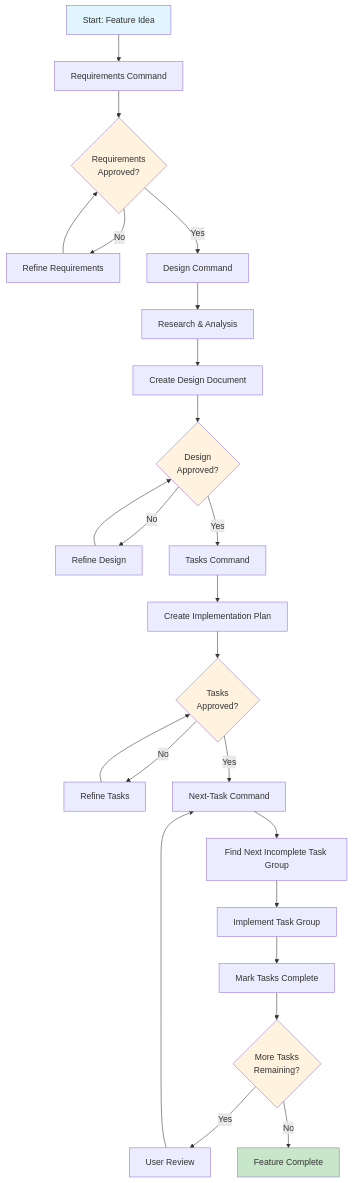
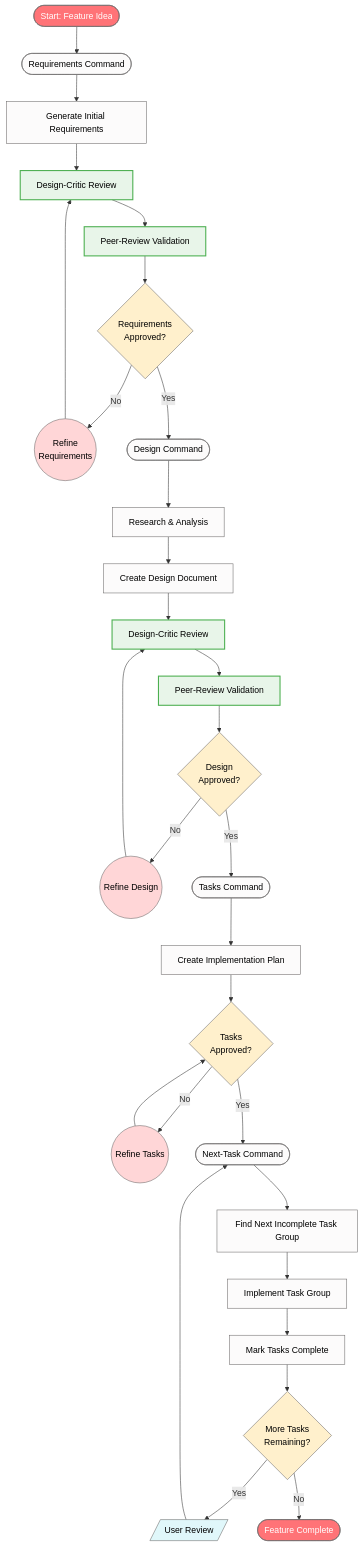
Before and after one commit to ArjenSchwarz/agentic-coding: the diagram in spec-workflow.md, drawn with Mermaid. The commit also changed other lines of this file and 19 other files, not shown here.

````diff
--- a/spec-workflow.md
+++ b/spec-workflow.md
@@ -111,33 +113,51 @@
 ```mermaid
 flowchart TD
-    A[Start: Feature Idea] --> B[Requirements Command]
-    B --> C{Requirements<br/>Approved?}
-    C -->|No| D[Refine Requirements]
-    D --> C
-    C -->|Yes| E[Design Command]
-    E --> F[Research & Analysis]
-    F --> G[Create Design Document]
-    G --> H{Design<br/>Approved?}
-    H -->|No| I[Refine Design]
-    I --> H
-    H -->|Yes| J[Tasks Command]
-    J --> K[Create Implementation Plan]
-    K --> L{Tasks<br/>Approved?}
-    L -->|No| M[Refine Tasks]
-    M --> L
-    L -->|Yes| N[Next-Task Command]
-    N --> O[Find Next Incomplete Task Group]
-    O --> P[Implement Task Group]
-    P --> Q[Mark Tasks Complete]
-    Q --> R{More Tasks<br/>Remaining?}
-    R -->|Yes| S[User Review]
-    S --> N
-    R -->|No| T[Feature Complete]
+A([Start: Feature Idea]) --> B([Requirements Command])
+B --> B1[Generate Initial Requirements]
+B1 --> B2[Design-Critic Review]
+B2 --> B3[Peer-Review Validation]
+B3 --> C{Requirements<br/>Approved?}
+C -->|No| D((Refine<br/>Requirements))
+D --> B2
+C -->|Yes| E([Design Command])
+E --> F[Research & Analysis]
+F --> G[Create Design Document]
+G --> G1[Design-Critic Review]
+G1 --> G2[Peer-Review Validation]
+G2 --> H{Design<br/>Approved?}
+H -->|No| I((Refine Design))
+I --> G1
+H -->|Yes| J([Tasks Command])
+J --> K[Create Implementation Plan]
+K --> L{Tasks<br/>Approved?}
+L -->|No| M((Refine Tasks))
+M --> L
+L -->|Yes| N([Next-Task Command])
+N --> O[Find Next Incomplete Task Group]
+O --> P[Implement Task Group]
+P --> Q[Mark Tasks Complete]
+Q --> R{More Tasks<br/>Remaining?}
+R -->|Yes| S[/User Review/]
+S --> N
+R -->|No| T([Feature Complete])
 
-    style A fill:#e1f5fe
-    style T fill:#c8e6c9
-    style C fill:#fff3e0
-    style H fill:#fff3e0
-    style L fill:#fff3e0
-    style R fill:#fff3e0
+%% --- Styling ---
+style A fill:#FF7377,color:#FFFFFF,stroke:#6C6A6A,stroke-width:1px
+style T fill:#FF7377,color:#FFFFFF,stroke:#6C6A6A,stroke-width:1px
+
+style C fill:#FFF0CC,color:#000000,stroke:#6C6A6A,stroke-width:1px
+style H fill:#FFF0CC,color:#000000,stroke:#6C6A6A,stroke-width:1px
+style L fill:#FFF0CC,color:#000000,stroke:#6C6A6A,stroke-width:1px
+style R fill:#FFF0CC,color:#000000,stroke:#6C6A6A,stroke-width:1px
+
+style D fill:#FFD6D7,color:#000000,stroke:#6C6A6A,stroke-width:1px
+style I fill:#FFD6D7,color:#000000,stroke:#6C6A6A,stroke-width:1px
+style M fill:#FFD6D7,color:#000000,stroke:#6C6A6A,stroke-width:1px
+
+style S fill:#E0F7FA,color:#000000,stroke:#6C6A6A,stroke-width:1px
+
+classDef process fill:#FCFBFB,color:#000000,stroke:#6C6A6A,stroke-width:1px
+classDef subagent fill:#E8F5E9,color:#000000,stroke:#4CAF50,stroke-width:2px
+class B,E,F,G,J,K,N,O,P,Q,B1,G process
+class B2,B3,G1,G2 subagent
 ```
````
